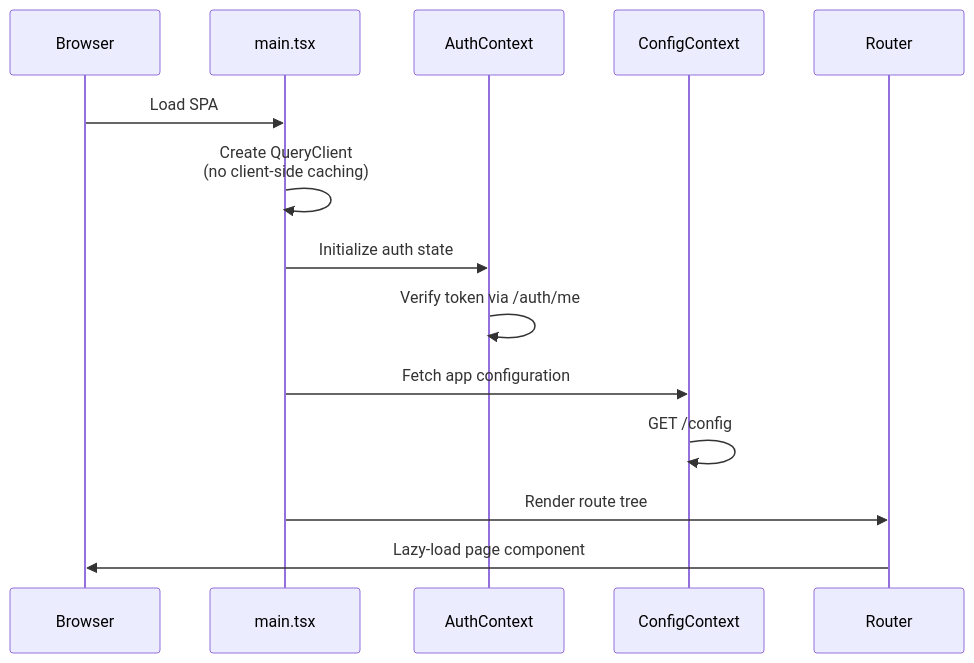
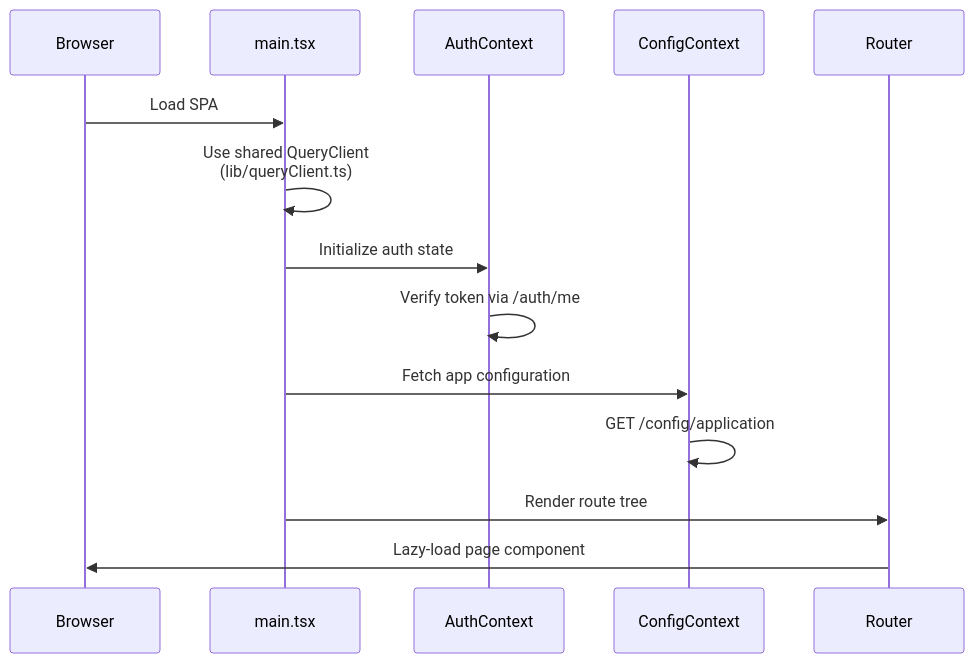
Before and after one commit to greenfieldtech-nirs/opbx: the second of 2 diagrams in frontend/README.md, drawn with Mermaid. The commit also changed other lines of this file and 9 other files, not shown here.

````diff
--- a/frontend/README.md
+++ b/frontend/README.md
@@ -207,17 +223,17 @@
 ```mermaid
 sequenceDiagram
     participant Browser
     participant main.tsx
     participant AuthContext
     participant ConfigContext
     participant Router
 
     Browser->>main.tsx: Load SPA
-    main.tsx->>main.tsx: Create QueryClient<br/>(no client-side caching)
+    main.tsx->>main.tsx: Use shared QueryClient<br/>(lib/queryClient.ts)
     main.tsx->>AuthContext: Initialize auth state
     AuthContext->>AuthContext: Verify token via /auth/me
     main.tsx->>ConfigContext: Fetch app configuration
-    ConfigContext->>ConfigContext: GET /config
+    ConfigContext->>ConfigContext: GET /config/application
     main.tsx->>Router: Render route tree
     Router->>Browser: Lazy-load page component
 ```
````
